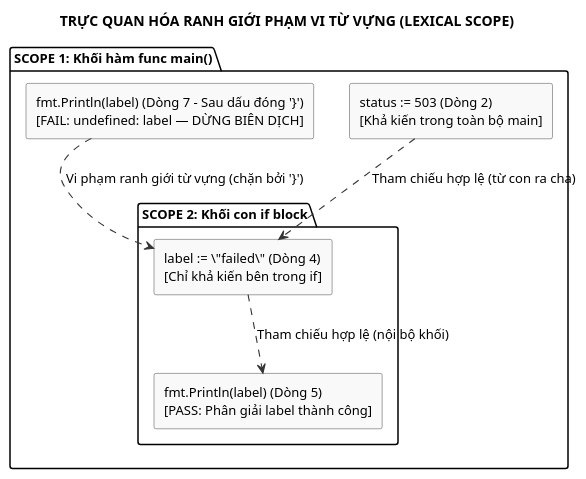
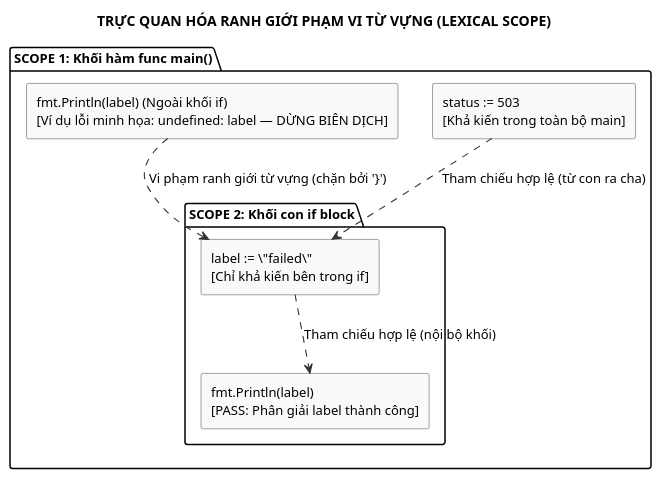
One commit to Minhlike/Golang changed the diagram in assets/diagrams/go-scope-trace.puml. Above: the diagram before and after it, drawn with PlantUML. The commit also changed 11 other files, not shown here.

```diff
--- a/assets/diagrams/go-scope-trace.puml
+++ b/assets/diagrams/go-scope-trace.puml
@@ -1,34 +1,34 @@
 @startuml
 skinparam backgroundColor white
 skinparam shadowing false
 skinparam defaultFontName "Source Sans 3"
 skinparam defaultFontSize 13
 skinparam defaultFontColor #000000
 
 skinparam rectangle {
   BackgroundColor #F9F9F9
   BorderColor #444444
   FontColor #000000
   RoundCorner 4
 }
 
 skinparam arrowColor #333333
 skinparam ArrowThickness 1.1
 
 title TRỰC QUAN HÓA RANH GIỚI PHẠM VI TỪ VỰNG (LEXICAL SCOPE)
 
 package "SCOPE 1: Khối hàm func main()" {
-  rectangle "status := 503 (Dòng 2)\n[Khả kiến trong toàn bộ main]" as status_var
+  rectangle "status := 503\n[Khả kiến trong toàn bộ main]" as status_var
 
   package "SCOPE 2: Khối con if block" {
-    rectangle "label := \"failed\" (Dòng 4)\n[Chỉ khả kiến bên trong if]" as label_var
-    rectangle "fmt.Println(label) (Dòng 5)\n[PASS: Phân giải label thành công]" as pass_label
+    rectangle "label := \"failed\"\n[Chỉ khả kiến bên trong if]" as label_var
+    rectangle "fmt.Println(label)\n[PASS: Phân giải label thành công]" as pass_label
   }
 
-  rectangle "fmt.Println(label) (Dòng 7 - Sau dấu đóng '}')\n[FAIL: undefined: label — DỪNG BIÊN DỊCH]" as fail_label
+  rectangle "fmt.Println(label) (Ngoài khối if)\n[Ví dụ lỗi minh họa: undefined: label — DỪNG BIÊN DỊCH]" as fail_label
 }
 
 label_var ..> pass_label : Tham chiếu hợp lệ (nội bộ khối)
 status_var ..> label_var : Tham chiếu hợp lệ (từ con ra cha)
 fail_label ..> label_var : Vi phạm ranh giới từ vựng (chặn bởi '}')
 @enduml
```
